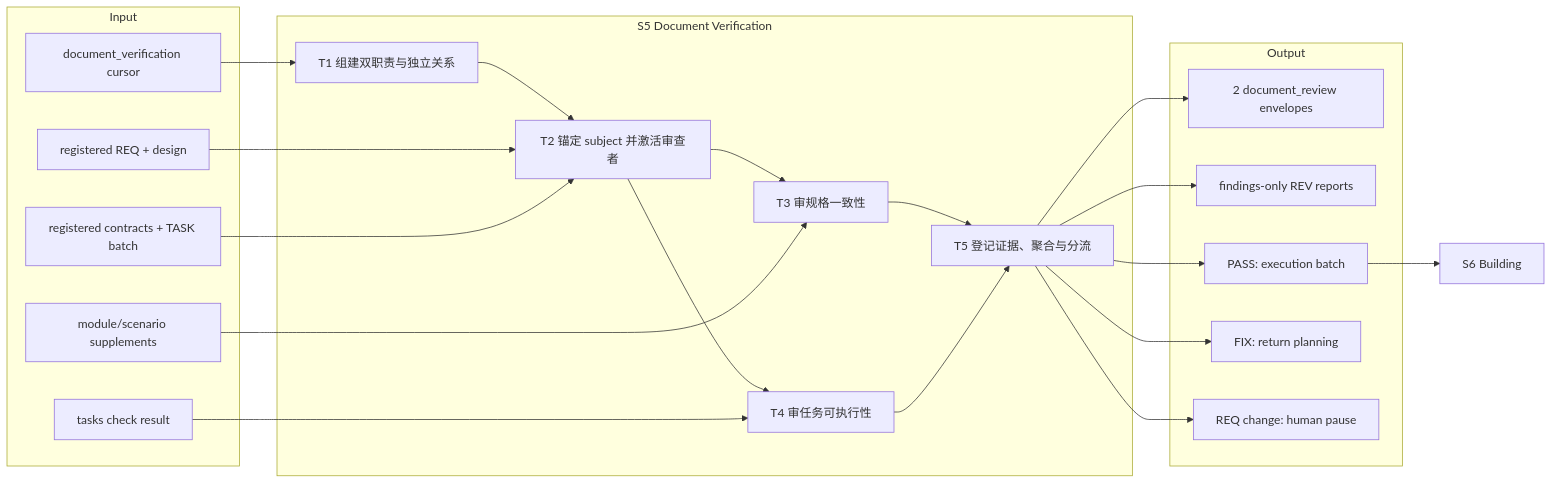
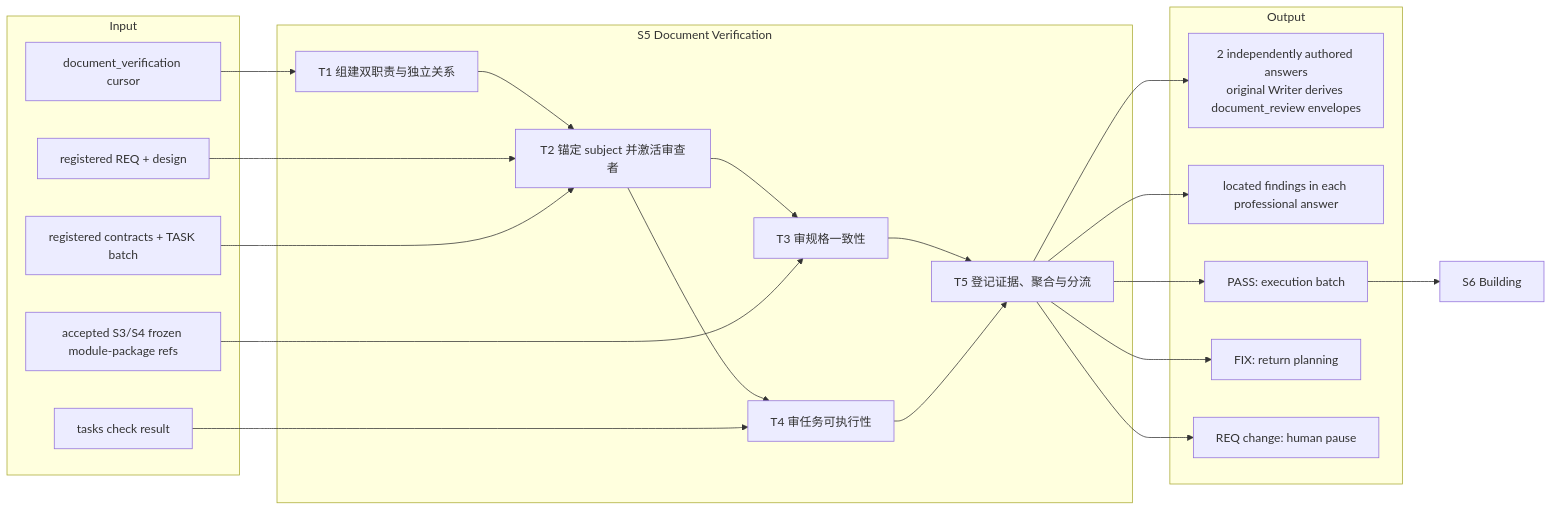
One commit to Sebs-Lee/go-system-builder changed the first of 2 diagrams in blueprint/l3-stages/L3-S5-document-verification.md. Above: the diagram before and after it, drawn with Mermaid. The commit also changed other lines of this file and 969 other files, not shown here.

````diff
--- a/blueprint/l3-stages/L3-S5-document-verification.md
+++ b/blueprint/l3-stages/L3-S5-document-verification.md
@@ -33,38 +62,38 @@
 ```mermaid
 flowchart LR
     subgraph INPUT["Input"]
         I1["registered REQ + design"]
         I2["registered contracts + TASK batch"]
         I3["tasks check result"]
-        I4["module/scenario supplements"]
+        I4["accepted S3/S4 frozen module-package refs"]
         I5["document_verification cursor"]
     end
 
     subgraph S5["S5 Document Verification"]
         T1["T1 组建双职责与独立关系"] --> T2["T2 锚定 subject 并激活审查者"]
         T2 --> T3["T3 审规格一致性"]
         T2 --> T4["T4 审任务可执行性"]
         T3 --> T5["T5 登记证据、聚合与分流"]
         T4 --> T5
     end
 
     subgraph OUTPUT["Output"]
-        O1["2 document_review envelopes"]
-        O2["findings-only REV reports"]
+        O1["2 independently authored answers<br/>original Writer derives document_review envelopes"]
+        O2["located findings in each professional answer"]
         O3["PASS: execution batch"]
         O4["FIX: return planning"]
         O5["REQ change: human pause"]
     end
 
     I1 --> T2
     I2 --> T2
     I3 --> T4
     I4 --> T3
     I5 --> T1
     T5 --> O1
     T5 --> O2
     T5 --> O3
     T5 --> O4
     T5 --> O5
     O3 --> NEXT["S6 Building"]
 ```
````
